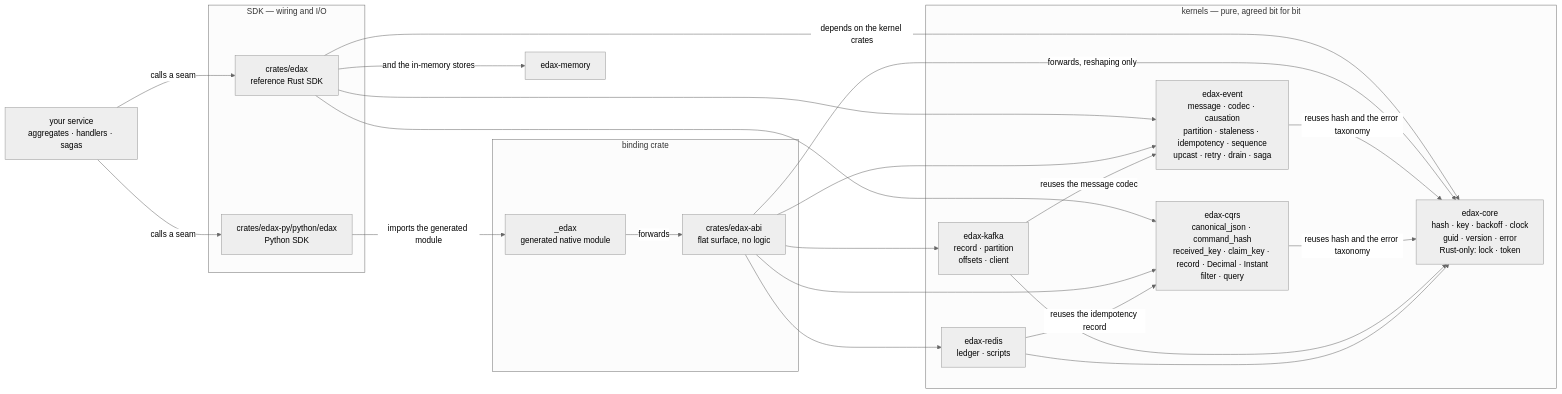
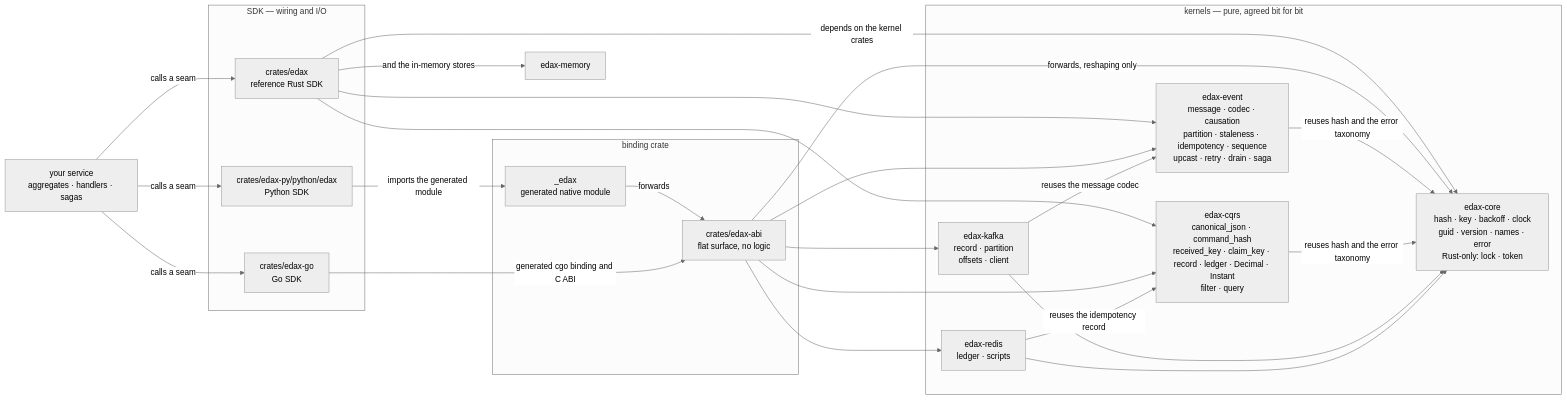
The first of 2 diagrams in docs/kernels/README.md (haskian/edax), drawn with Mermaid (neutral theme) before and after one commit. The commit also changed other lines of this file and 154 other files, not shown here.

````diff
--- a/docs/kernels/README.md
+++ b/docs/kernels/README.md
@@ -10,42 +10,45 @@
 ```mermaid
 flowchart LR
     APP["your service<br/>aggregates · handlers · sagas"]
 
     subgraph sdks["SDK — wiring and I/O"]
         RS["crates/edax<br/>reference Rust SDK"]
         PY["crates/edax-py/python/edax<br/>Python SDK"]
+        GO["crates/edax-go<br/>Go SDK"]
     end
 
     subgraph binding["binding crate"]
         ABI["crates/edax-abi<br/>flat surface, no logic"]
         NAT["_edax<br/>generated native module"]
     end
 
     subgraph kernels["kernels — pure, agreed bit for bit"]
-        CORE["edax-core<br/>hash · key · backoff · clock<br/>guid · version · error<br/>Rust-only: lock · token"]
+        CORE["edax-core<br/>hash · key · backoff · clock<br/>guid · version · names · error<br/>Rust-only: lock · token"]
         EV["edax-event<br/>message · codec · causation<br/>partition · staleness · idempotency · sequence<br/>upcast · retry · drain · saga"]
-        CQ["edax-cqrs<br/>canonical_json · command_hash<br/>received_key · claim_key · record · Decimal · Instant<br/>filter · query"]
+        CQ["edax-cqrs<br/>canonical_json · command_hash<br/>received_key · claim_key · record · ledger · Decimal · Instant<br/>filter · query"]
         KAF["edax-kafka<br/>record · partition<br/>offsets · client"]
         RED["edax-redis<br/>ledger · scripts"]
     end
 
     APP -->|"calls a seam"| RS
     APP -->|"calls a seam"| PY
+    APP -->|"calls a seam"| GO
     RS -->|"depends on the kernel crates"| CORE
     RS --> EV
     RS --> CQ
     RS -->|"and the in-memory stores"| MEM["edax-memory"]
     PY -->|"imports the generated module"| NAT
     NAT -->|"forwards"| ABI
+    GO -->|"generated cgo binding and C ABI"| ABI
     ABI -->|"forwards, reshaping only"| CORE
     ABI --> EV
     ABI --> CQ
     ABI --> KAF
     ABI --> RED
     EV -->|"reuses hash and the error taxonomy"| CORE
     CQ -->|"reuses hash and the error taxonomy"| CORE
     KAF -->|"reuses the message codec"| EV
     KAF --> CORE
     RED -->|"reuses the idempotency record"| CQ
     RED --> CORE
 ```
````
